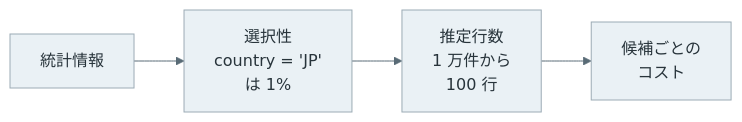
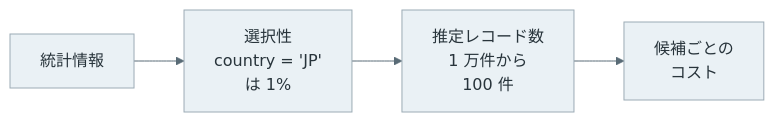
The fourth of 6 diagrams in content/notes/database-systems/query-processing/index.md (nao1215/debimate), drawn with Mermaid before and after one commit. The commit also changed other lines of this file and 125 other files, not shown here.

````diff
--- a/content/notes/database-systems/query-processing/index.md
+++ b/content/notes/database-systems/query-processing/index.md
@@ -180,8 +190,8 @@
 ```mermaid
 %%{init: {"theme":"base","themeVariables":{"primaryColor":"#eaf1f5","primaryTextColor":"#28343b","primaryBorderColor":"#9cabb5","lineColor":"#596b76","textColor":"#28343b","actorBkg":"#eaf1f5","actorBorder":"#9cabb5","actorTextColor":"#28343b","actorLineColor":"#9cabb5","signalColor":"#596b76","signalTextColor":"#28343b","noteBkgColor":"#f7f1e5","noteBorderColor":"#c5b99b","noteTextColor":"#403c32","activationBkgColor":"#edf3ef","activationBorderColor":"#9aafa1"}}}%%
 flowchart LR
     ST["統計情報"] --> SE["選択性<br/>country = 'JP'<br/>は 1%"]
-    SE --> CE["推定行数<br/>1 万件から<br/>100 行"]
+    SE --> CE["推定レコード数<br/>1 万件から<br/>100 件"]
     CE --> CO["候補ごとの<br/>コスト"]
     classDef default fill:#eaf1f5,stroke:#9cabb5,color:#28343b;
 ```
````
